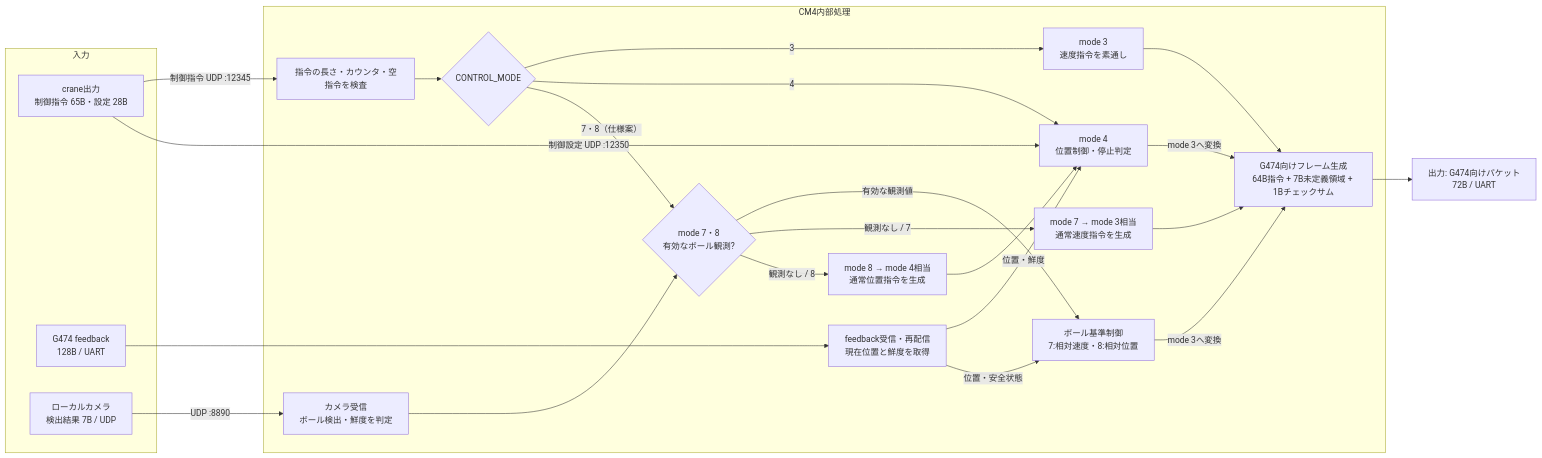
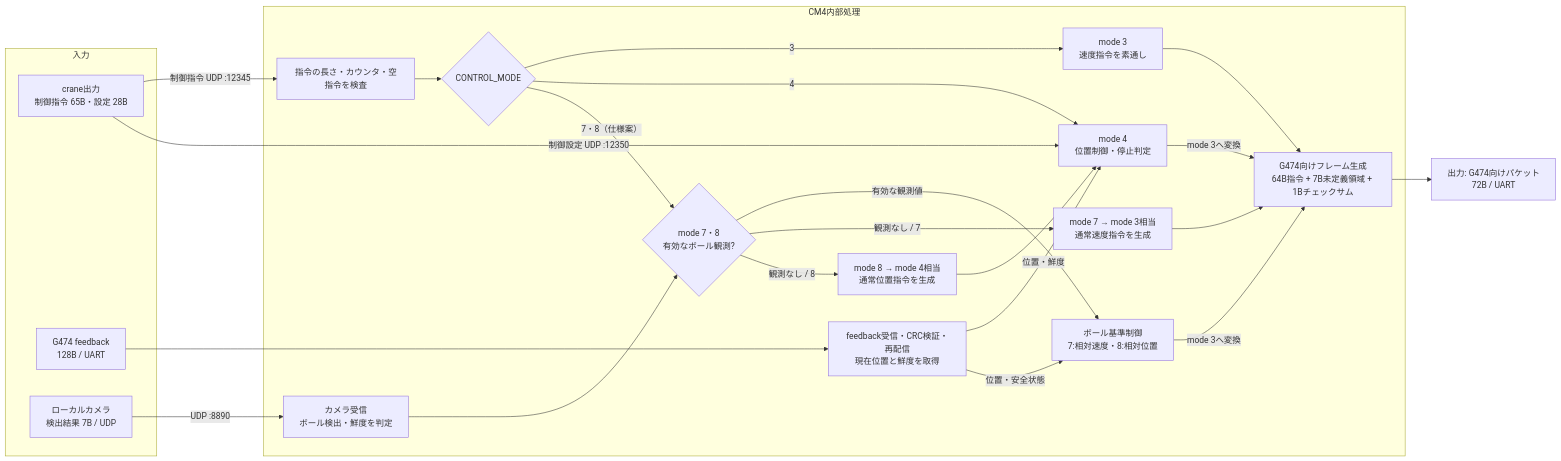
One commit to ibis-ssl/Orion_CM4 changed the diagram in doc/overview.md. Above: the diagram before and after it, drawn with Mermaid. The commit also changed other lines of this file and 12 other files, not shown here.

````diff
--- a/doc/overview.md
+++ b/doc/overview.md
@@ -196,42 +196,42 @@
 ```mermaid
 flowchart LR
     subgraph inputs["入力"]
         crane["crane出力<br/>制御指令 65B・設定 28B"]
         feedback["G474 feedback<br/>128B / UART"]
         camera["ローカルカメラ<br/>検出結果 7B / UDP"]
     end
     subgraph cm4["CM4内部処理"]
         receive["指令の長さ・カウンタ・空指令を検査"]
-        fb_receive["feedback受信・再配信<br/>現在位置と鮮度を取得"]
+        fb_receive["feedback受信・CRC検証・再配信<br/>現在位置と鮮度を取得"]
         cam_receive["カメラ受信<br/>ボール検出・鮮度を判定"]
         mode{"CONTROL_MODE"}
         pass["mode 3<br/>速度指令を素通し"]
         position["mode 4<br/>位置制御・停止判定"]
         camera_check{"mode 7・8<br/>有効なボール観測?"}
         ball_control["ボール基準制御<br/>7:相対速度・8:相対位置"]
         fallback3["mode 7 → mode 3相当<br/>通常速度指令を生成"]
         fallback4["mode 8 → mode 4相当<br/>通常位置指令を生成"]
         uart["G474向けフレーム生成<br/>64B指令 + 7B未定義領域 + 1Bチェックサム"]
     end
     output["出力: G474向けパケット<br/>72B / UART"]
     crane -->|"制御指令 UDP :12345"| receive
     crane -->|"制御設定 UDP :12350"| position
     feedback --> fb_receive
     camera -->|"UDP :8890"| cam_receive
     receive --> mode
     fb_receive -->|"位置・鮮度"| position
     fb_receive -->|"位置・安全状態"| ball_control
     cam_receive --> camera_check
     mode -->|"3"| pass
     mode -->|"4"| position
     mode -->|"7・8（仕様案）"| camera_check
     camera_check -->|"有効な観測値"| ball_control
     camera_check -->|"観測なし / 7"| fallback3
     camera_check -->|"観測なし / 8"| fallback4
     fallback4 --> position
     pass --> uart
     fallback3 --> uart
     position -->|"mode 3へ変換"| uart
     ball_control -->|"mode 3へ変換"| uart
     uart --> output
 ```
````
